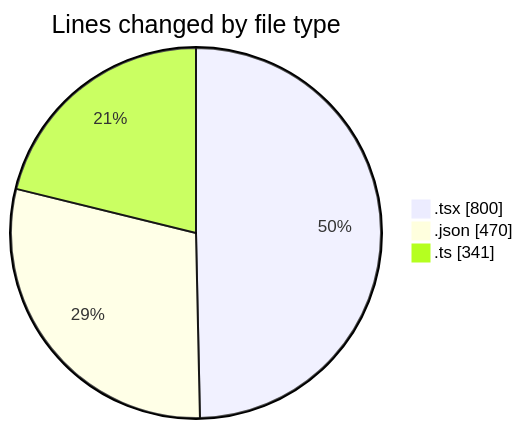
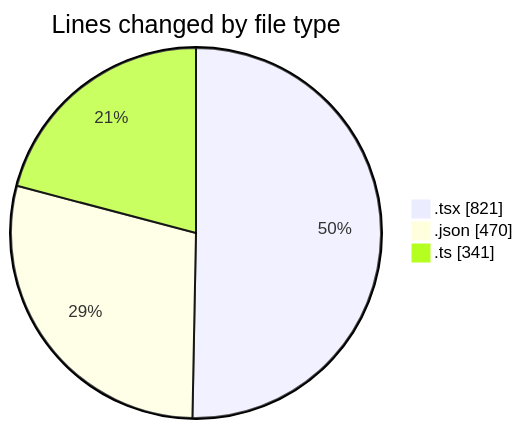
The first of 2 diagrams in 2025-04-30/niten/README.md (Elitesun/code-tracking), drawn with Mermaid before and after one commit. The commit also changed other lines of this file and 1 other file, not shown here.

````diff
--- a/2025-04-30/niten/README.md
+++ b/2025-04-30/niten/README.md
@@ -46,7 +46,7 @@
 ```mermaid
 pie showData
 title Lines changed by file type
-".tsx" : 800
+".tsx" : 821
 ".json" : 470
 ".ts" : 341
 ```
````
